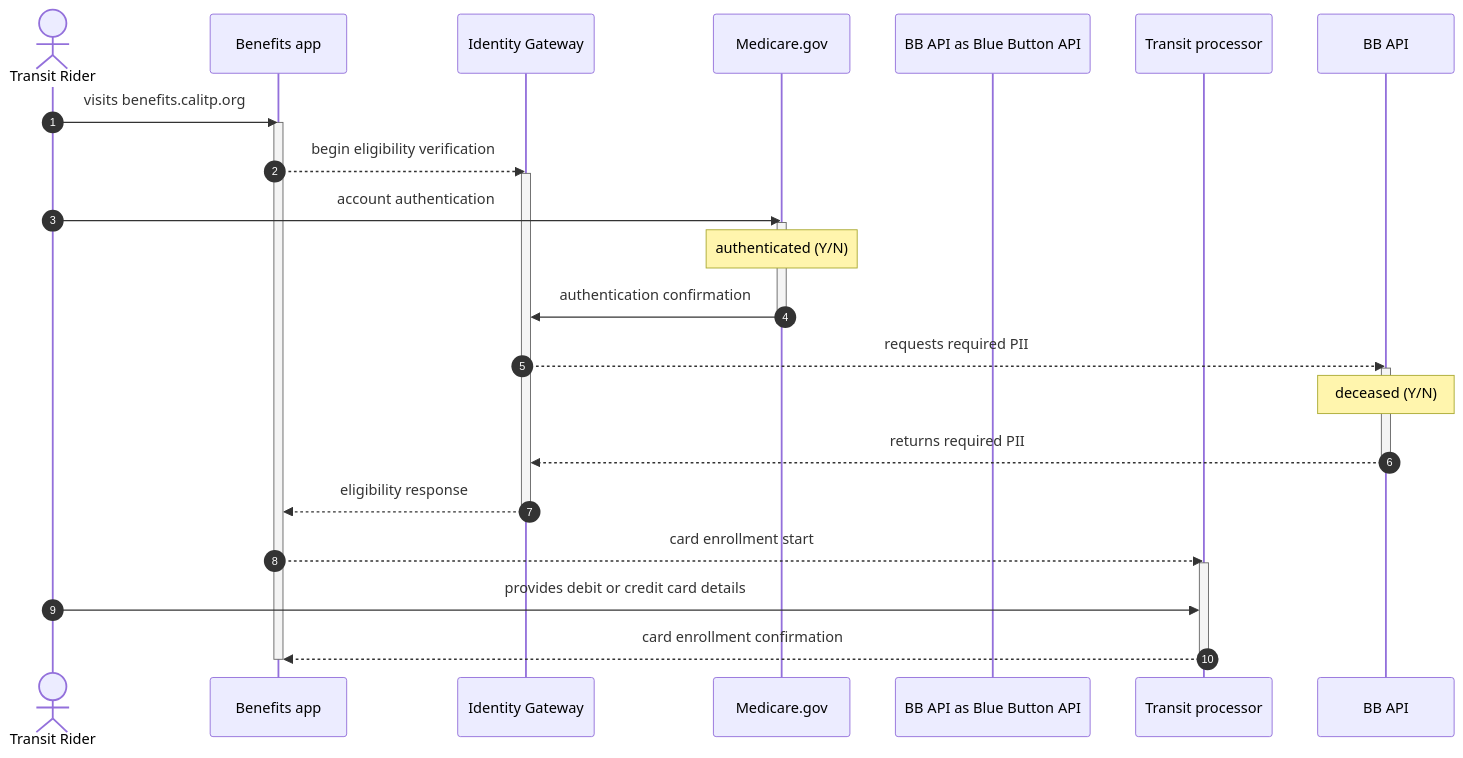
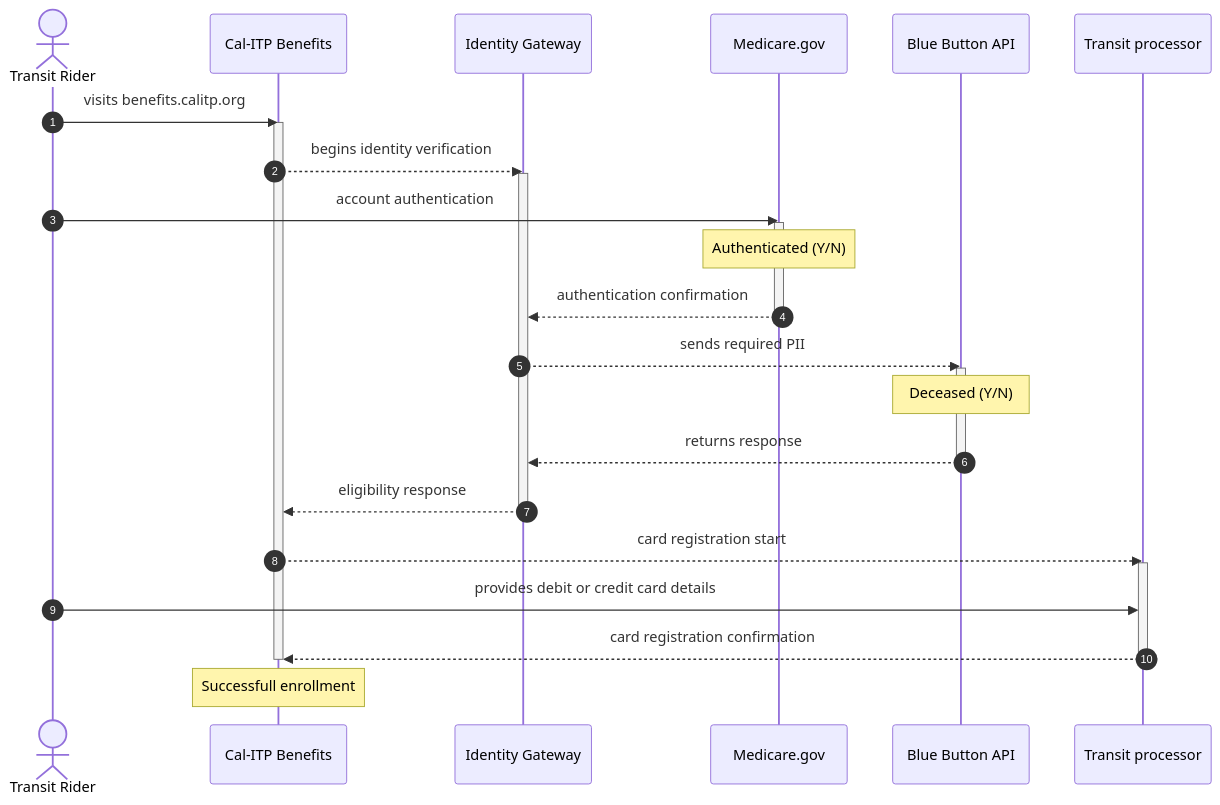
Before and after one commit to cal-itp/benefits: the diagram in docs/explanation/enrollment-pathways/medicare-cardholders.md, drawn with Mermaid.

Commit message:
docs: updates Medicare cardholder enrollment diagram
- removed unnecessary participant (BBI API as Blue Button API)
- refined language in notes
- changed Benefits participant to show actual product name

````diff
--- a/docs/explanation/enrollment-pathways/medicare-cardholders.md
+++ b/docs/explanation/enrollment-pathways/medicare-cardholders.md
@@ -21,33 +21,34 @@
 ```mermaid
 sequenceDiagram
 autonumber
 %% Medicare Cardholders Enrollment Pathway
-    actor Transit Rider
-    participant Benefits as Benefits app
+    actor TransitRider as Transit Rider
+    participant Benefits as Cal-ITP Benefits
     participant IdG as Identity Gateway
     participant Medicare as Medicare.gov
-    participant BB API as Blue Button API
-    participant Transit processor
-Transit Rider->>Benefits: visits benefits.calitp.org
+    participant BBAPI as Blue Button API
+    participant TransitProcessor as Transit processor
+TransitRider->>Benefits: visits benefits.calitp.org
     activate Benefits
-Benefits-->>IdG: begin eligibility verification
+Benefits-->>IdG: begins identity verification
     activate IdG
-Transit Rider->>Medicare: account authentication
+TransitRider->>Medicare: account authentication
     activate Medicare
-    Note over Medicare: authenticated (Y/N)
-Medicare->>IdG: authentication confirmation
+    Note over Medicare: Authenticated (Y/N)
+Medicare-->>IdG: authentication confirmation
     deactivate Medicare
-IdG-->>BB API: requests required PII
-    activate BB API
-    Note over BB API: deceased (Y/N)
-BB API-->>IdG: returns required PII
-    deactivate BB API
+IdG-->>BBAPI: sends required PII
+    activate BBAPI
+    Note over BBAPI: Deceased (Y/N)
+BBAPI-->>IdG: returns response
+    deactivate BBAPI
 IdG-->>Benefits: eligibility response
     deactivate IdG
-Benefits-->>Transit processor: card enrollment start
-    activate Transit processor
-Transit Rider->>Transit processor: provides debit or credit card details
-Transit processor-->>Benefits: card enrollment confirmation
-    deactivate Transit processor
+Benefits-->>TransitProcessor: card registration start
+    activate TransitProcessor
+TransitRider->>TransitProcessor: provides debit or credit card details
+TransitProcessor-->>Benefits: card registration confirmation
+    deactivate TransitProcessor
     deactivate Benefits
+    Note over Benefits: Successfull enrollment
 ```
````
